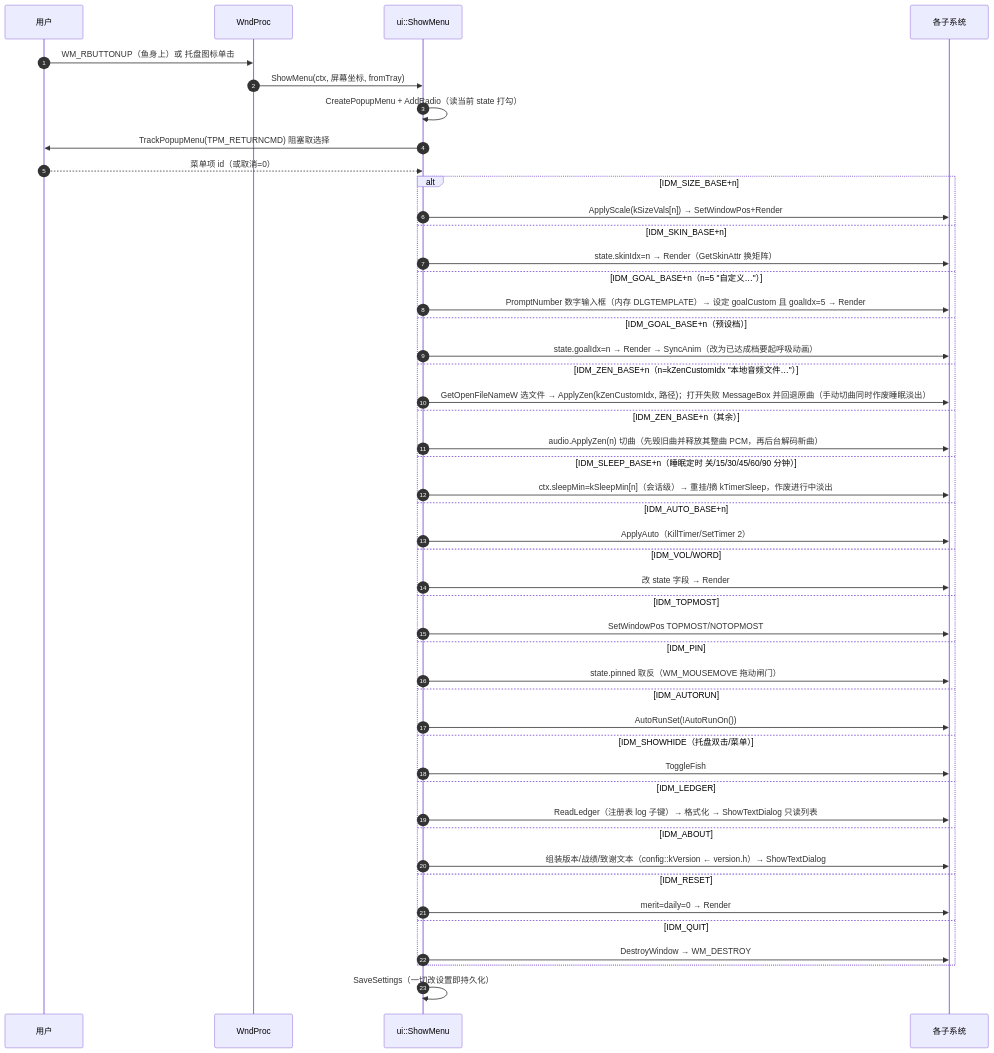
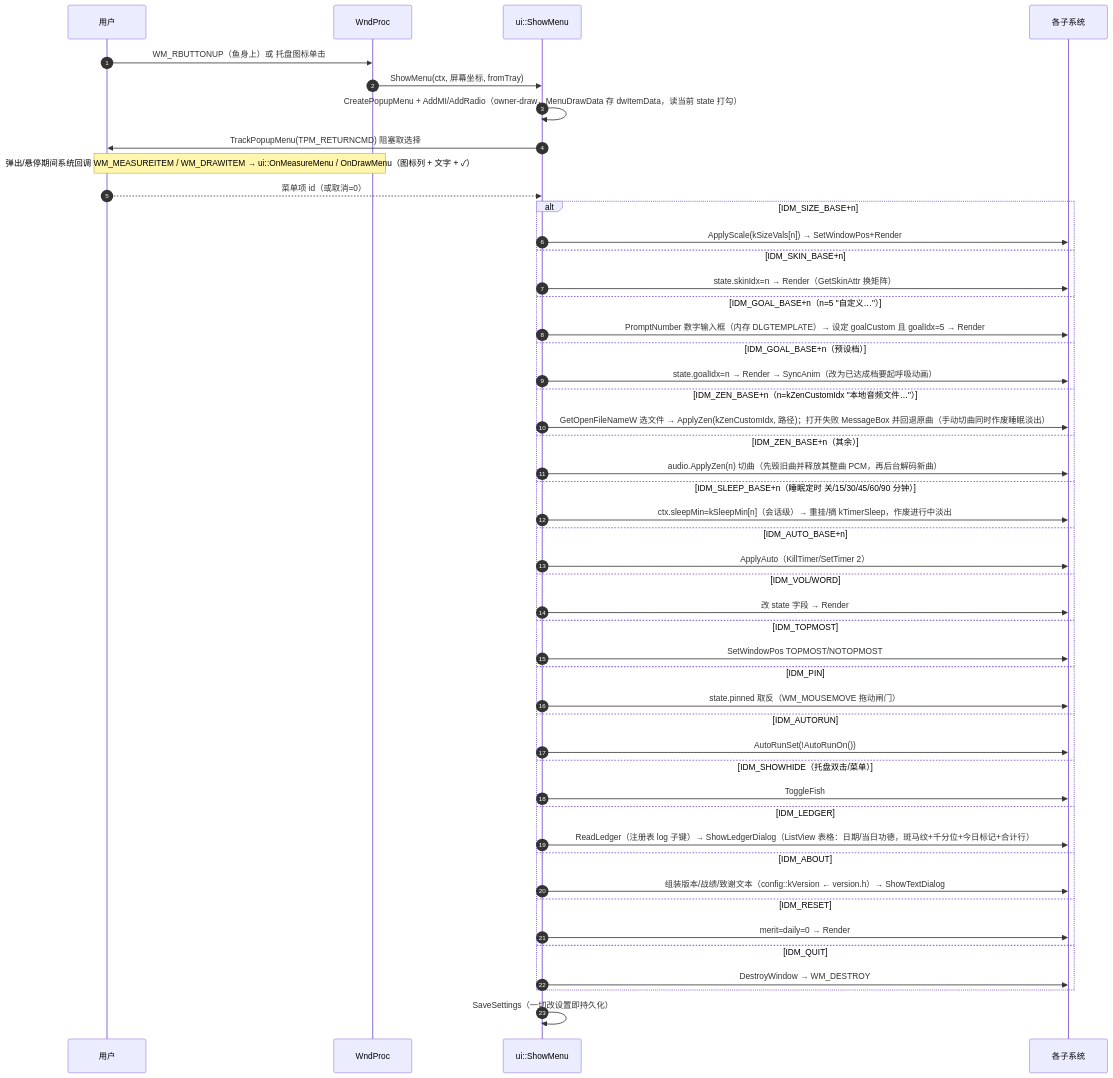
The fourth of 5 diagrams in docs/sequence-diagrams.md (TianYunCode/wooden_fish), drawn with Mermaid before and after one commit. The commit also changed 58 other files, not shown here.

Commit message:
功德簿改列表式排版（报表视图+斑马纹+千分位），右键/托盘菜单逐项加 Lucide 图标（owner-draw）；版本升至 v1.3.0

````diff
--- a/docs/sequence-diagrams.md
+++ b/docs/sequence-diagrams.md
@@ -138,50 +138,51 @@
 ```mermaid
 sequenceDiagram
     autonumber
     participant U as 用户
     participant WP as WndProc
     participant MU as ui::ShowMenu
     participant SYS as 各子系统
 
     U->>WP: WM_RBUTTONUP（鱼身上）或 托盘图标单击
     WP->>MU: ShowMenu(ctx, 屏幕坐标, fromTray)
-    MU->>MU: CreatePopupMenu + AddRadio（读当前 state 打勾）
+    MU->>MU: CreatePopupMenu + AddMI/AddRadio（owner-draw，MenuDrawData 存 dwItemData，读当前 state 打勾）
     MU->>U: TrackPopupMenu(TPM_RETURNCMD) 阻塞取选择
+    Note over U,WP: 弹出/悬停期间系统回调 WM_MEASUREITEM / WM_DRAWITEM → ui::OnMeasureMenu / OnDrawMenu（图标列 + 文字 + ✓）
     U-->>MU: 菜单项 id（或取消=0）
     alt IDM_SIZE_BASE+n
         MU->>SYS: ApplyScale(kSizeVals[n]) → SetWindowPos+Render
     else IDM_SKIN_BASE+n
         MU->>SYS: state.skinIdx=n → Render（GetSkinAttr 换矩阵）
     else IDM_GOAL_BASE+n（n=5 "自定义…"）
         MU->>SYS: PromptNumber 数字输入框（内存 DLGTEMPLATE）→ 设定 goalCustom 且 goalIdx=5 → Render
     else IDM_GOAL_BASE+n（预设档）
         MU->>SYS: state.goalIdx=n → Render → SyncAnim（改为已达成档要起呼吸动画）
     else IDM_ZEN_BASE+n（n=kZenCustomIdx "本地音频文件…"）
         MU->>SYS: GetOpenFileNameW 选文件 → ApplyZen(kZenCustomIdx, 路径)；打开失败 MessageBox 并回退原曲（手动切曲同时作废睡眠淡出）
     else IDM_ZEN_BASE+n（其余）
         MU->>SYS: audio.ApplyZen(n) 切曲（先毁旧曲并释放其整曲 PCM，再后台解码新曲）
     else IDM_SLEEP_BASE+n（睡眠定时 关/15/30/45/60/90 分钟）
         MU->>SYS: ctx.sleepMin=kSleepMin[n]（会话级）→ 重挂/摘 kTimerSleep，作废进行中淡出
     else IDM_AUTO_BASE+n
         MU->>SYS: ApplyAuto（KillTimer/SetTimer 2）
     else IDM_VOL/WORD
         MU->>SYS: 改 state 字段 → Render
     else IDM_TOPMOST
         MU->>SYS: SetWindowPos TOPMOST/NOTOPMOST
     else IDM_PIN
         MU->>SYS: state.pinned 取反（WM_MOUSEMOVE 拖动闸门）
     else IDM_AUTORUN
         MU->>SYS: AutoRunSet(!AutoRunOn())
     else IDM_SHOWHIDE（托盘双击/菜单）
         MU->>SYS: ToggleFish
     else IDM_LEDGER
-        MU->>SYS: ReadLedger（注册表 log 子键）→ 格式化 → ShowTextDialog 只读列表
+        MU->>SYS: ReadLedger（注册表 log 子键）→ ShowLedgerDialog（ListView 表格：日期/当日功德，斑马纹+千分位+今日标记+合计行）
     else IDM_ABOUT
         MU->>SYS: 组装版本/战绩/致谢文本（config::kVersion ← version.h）→ ShowTextDialog
     else IDM_RESET
         MU->>SYS: merit=daily=0 → Render
     else IDM_QUIT
         MU->>SYS: DestroyWindow → WM_DESTROY
     end
     MU->>MU: SaveSettings（一切改设置即持久化）
 ```
````
